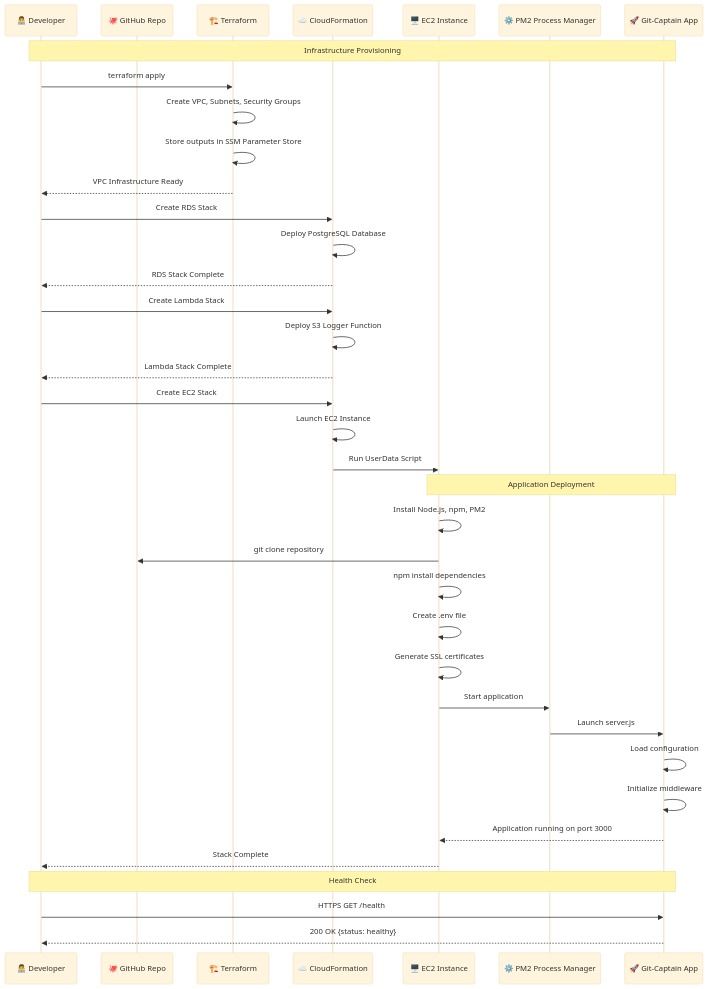
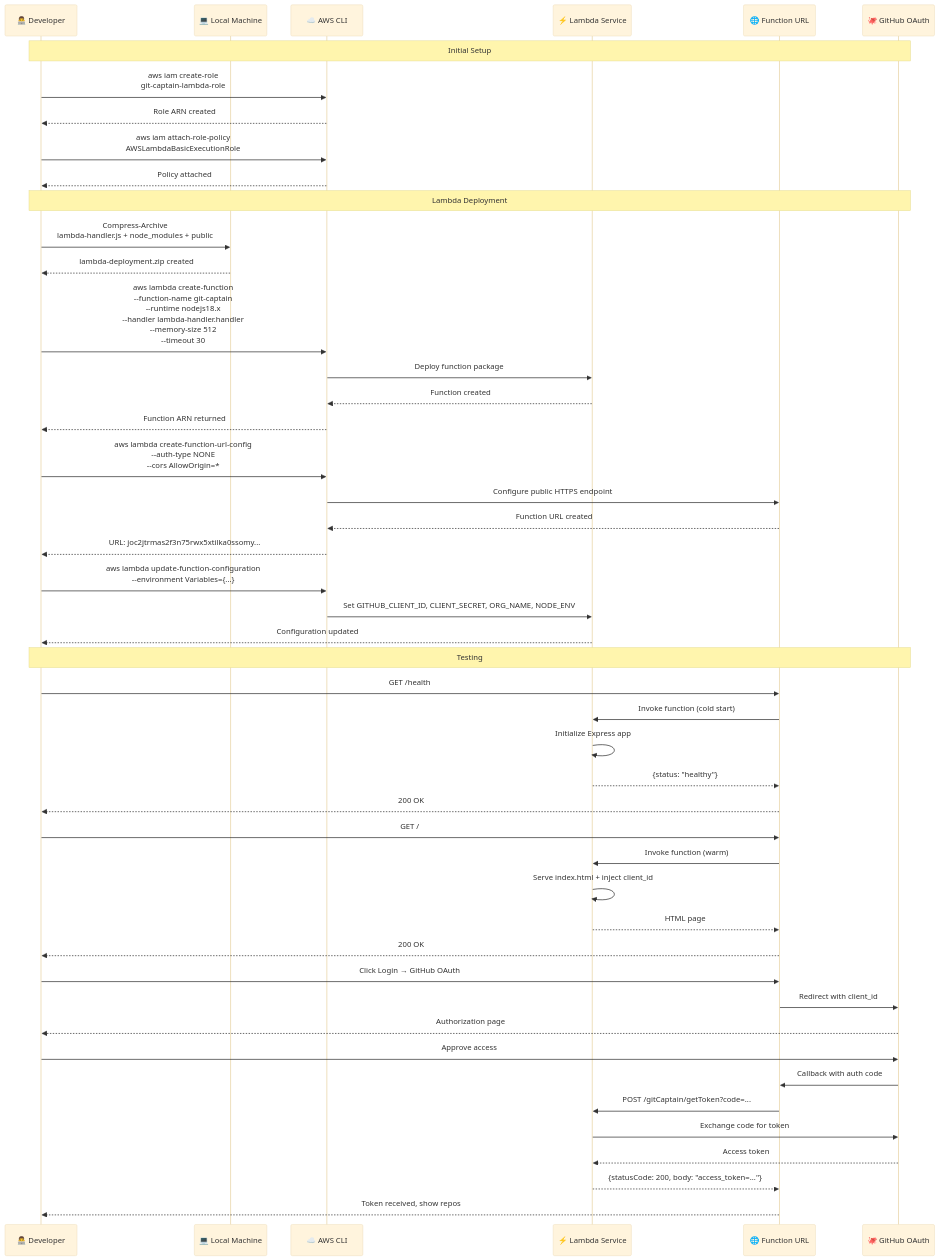
Before and after one commit to Joe-Tavarez/Git-Captain: the second of 4 diagrams in docs/aws/AWS_ARCHITECTURE.md, drawn with Mermaid (base theme). The commit also changed other lines of this file, not shown here.

Commit message:
update architecture

````diff
--- a/docs/aws/AWS_ARCHITECTURE.md
+++ b/docs/aws/AWS_ARCHITECTURE.md
@@ -161,45 +153,58 @@
 ```mermaid
 sequenceDiagram
     participant Dev as 👨‍💻 Developer
-    participant Git as 🐙 GitHub Repo
-    participant TF as 🏗️ Terraform
-    participant CF as ☁️ CloudFormation
-    participant EC2 as 🖥️ EC2 Instance
-    participant PM2 as ⚙️ PM2 Process Manager
-    participant App as 🚀 Git-Captain App
+    participant Local as 💻 Local Machine
+    participant AWS as ☁️ AWS CLI
+    participant Lambda as ⚡ Lambda Service
+    participant FnURL as 🌐 Function URL
+    participant GitHub as 🐙 GitHub OAuth
     
-    Note over Dev,App: Infrastructure Provisioning
-    Dev->>TF: terraform apply
-    TF->>TF: Create VPC, Subnets, Security Groups
-    TF->>TF: Store outputs in SSM Parameter Store
-    TF-->>Dev: VPC Infrastructure Ready
+    Note over Dev,GitHub: Initial Setup
+    Dev->>AWS: aws iam create-role<br/>git-captain-lambda-role
+    AWS-->>Dev: Role ARN created
     
-    Dev->>CF: Create RDS Stack
-    CF->>CF: Deploy PostgreSQL Database
-    CF-->>Dev: RDS Stack Complete
+    Dev->>AWS: aws iam attach-role-policy<br/>AWSLambdaBasicExecutionRole
+    AWS-->>Dev: Policy attached
     
-    Dev->>CF: Create Lambda Stack
-    CF->>CF: Deploy S3 Logger Function
-    CF-->>Dev: Lambda Stack Complete
+    Note over Dev,GitHub: Lambda Deployment
+    Dev->>Local: Compress-Archive<br/>lambda-handler.js + node_modules + public
+    Local-->>Dev: lambda-deployment.zip created
     
-    Dev->>CF: Create EC2 Stack
-    CF->>CF: Launch EC2 Instance
-    CF->>EC2: Run UserData Script
+    Dev->>AWS: aws lambda create-function<br/>--function-name git-captain<br/>--runtime nodejs18.x<br/>--handler lambda-handler.handler<br/>--memory-size 512<br/>--timeout 30
+    AWS->>Lambda: Deploy function package
+    Lambda-->>AWS: Function created
+    AWS-->>Dev: Function ARN returned
     
-    Note over EC2,App: Application Deployment
-    EC2->>EC2: Install Node.js, npm, PM2
-    EC2->>Git: git clone repository
-    EC2->>EC2: npm install dependencies
-    EC2->>EC2: Create .env file
-    EC2->>EC2: Generate SSL certificates
-    EC2->>PM2: Start application
-    PM2->>App: Launch server.js
-    App->>App: Load configuration
-    App->>App: Initialize middleware
-    App-->>EC2: Application running on port 3000
-    EC2-->>Dev: Stack Complete
+    Dev->>AWS: aws lambda create-function-url-config<br/>--auth-type NONE<br/>--cors AllowOrigin=*
+    AWS->>FnURL: Configure public HTTPS endpoint
+    FnURL-->>AWS: Function URL created
+    AWS-->>Dev: URL: joc2jtrmas2f3n75rwx5xtilka0ssomy...
     
-    Note over Dev,App: Health Check
-    Dev->>App: HTTPS GET /health
-    App-->>Dev: 200 OK {status: healthy}
+    Dev->>AWS: aws lambda update-function-configuration<br/>--environment Variables={...}
+    AWS->>Lambda: Set GITHUB_CLIENT_ID, CLIENT_SECRET, ORG_NAME, NODE_ENV
+    Lambda-->>Dev: Configuration updated
+    
+    Note over Dev,GitHub: Testing
+    Dev->>FnURL: GET /health
+    FnURL->>Lambda: Invoke function (cold start)
+    Lambda->>Lambda: Initialize Express app
+    Lambda-->>FnURL: {status: "healthy"}
+    FnURL-->>Dev: 200 OK
+    
+    Dev->>FnURL: GET /
+    FnURL->>Lambda: Invoke function (warm)
+    Lambda->>Lambda: Serve index.html + inject client_id
+    Lambda-->>FnURL: HTML page
+    FnURL-->>Dev: 200 OK
+    
+    Dev->>FnURL: Click Login → GitHub OAuth
+    FnURL->>GitHub: Redirect with client_id
+    GitHub-->>Dev: Authorization page
+    Dev->>GitHub: Approve access
+    GitHub->>FnURL: Callback with auth code
+    FnURL->>Lambda: POST /gitCaptain/getToken?code=...
+    Lambda->>GitHub: Exchange code for token
+    GitHub-->>Lambda: Access token
+    Lambda-->>FnURL: {statusCode: 200, body: "access_token=..."}
+    FnURL-->>Dev: Token received, show repos
 ```
````
